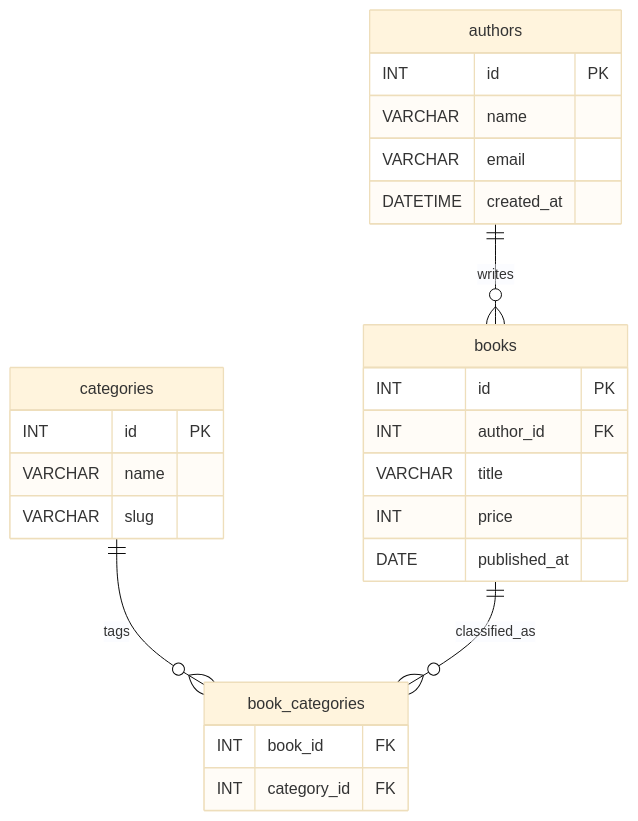
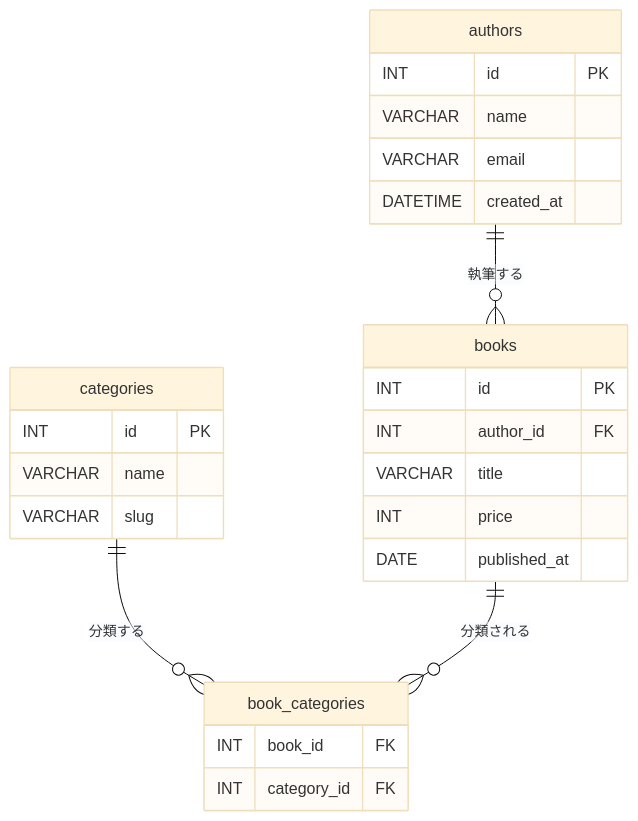
Before and after one commit to kohdice/mp-rs: diagram 26 of 29 in examples/EXAMPLE_ja.md, drawn with Mermaid (base theme). The commit also changed other lines of this file and 1 other file, not shown here.

````diff
--- a/examples/EXAMPLE_ja.md
+++ b/examples/EXAMPLE_ja.md
@@ -370,29 +555,29 @@
 ```mermaid
 erDiagram
-    authors ||--o{ books : writes
-    categories ||--o{ book_categories : tags
-    books ||--o{ book_categories : classified_as
+    authors ||--o{ books : "執筆する"
+    categories ||--o{ book_categories : "分類する"
+    books ||--o{ book_categories : "分類される"
 
     authors {
         INT id PK
         VARCHAR name
         VARCHAR email
         DATETIME created_at
     }
     books {
         INT id PK
         INT author_id FK
         VARCHAR title
         INT price
         DATE published_at
     }
     categories {
         INT id PK
         VARCHAR name
         VARCHAR slug
     }
     book_categories {
         INT book_id FK
         INT category_id FK
     }
 ```
````
